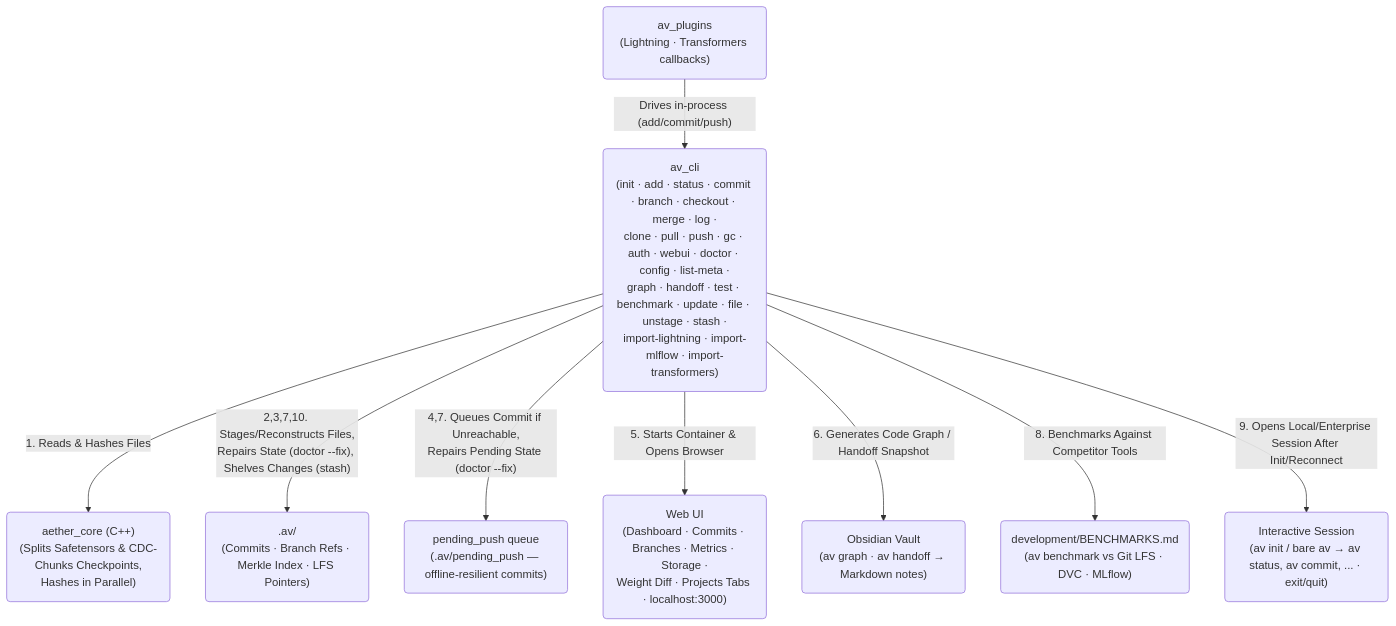
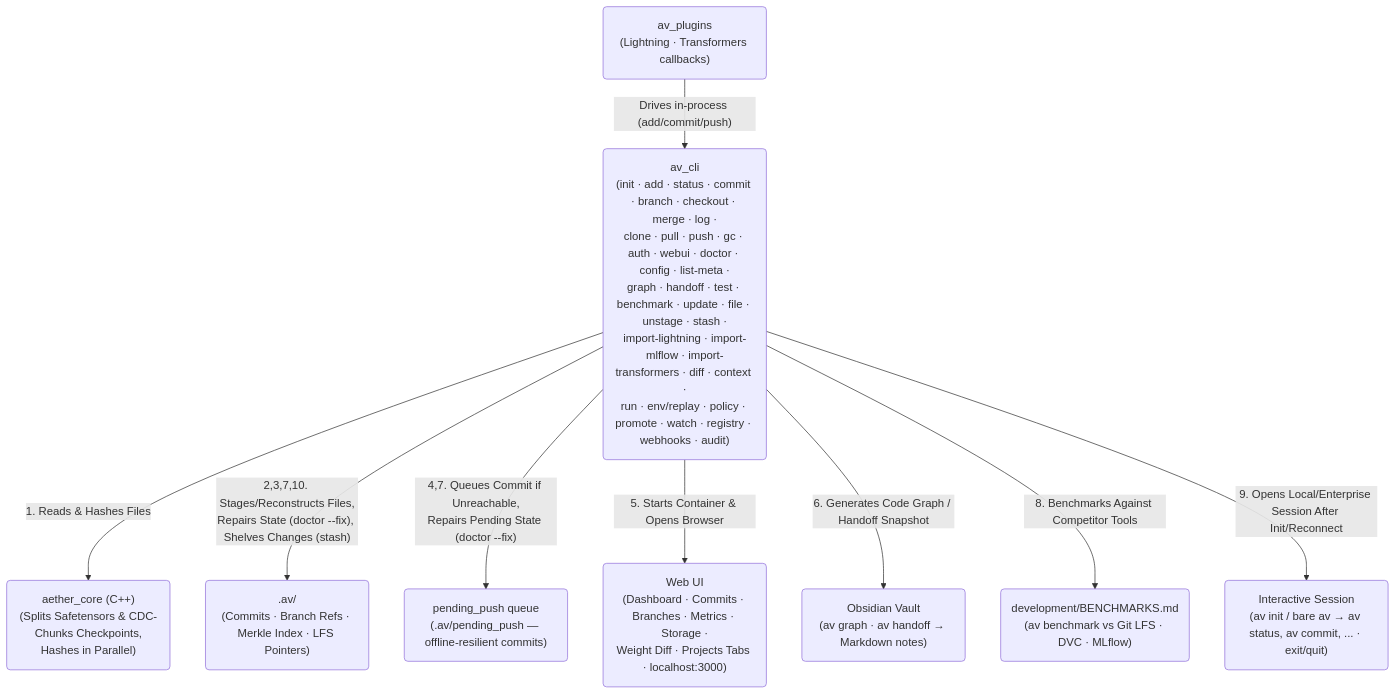
Before and after one commit to leon1706-lol/Aether-Vault: the first of 2 diagrams in README.md, drawn with Mermaid. The commit also changed other lines of this file and 65 other files, not shown here.

Commit message:
V1.2.2: engine image consolidation + architectural gap closure

````diff
--- a/README.md
+++ b/README.md
@@ -63,21 +63,21 @@
 ```mermaid
 graph TD
     Plugins("av_plugins<br>(Lightning · Transformers callbacks)")
-    CLI("av_cli<br>(init · add · status · commit · branch · checkout · merge · log ·<br>clone · pull · push · gc · auth · webui · doctor · config · list-meta ·<br>graph · handoff · test · benchmark · update · file · unstage · stash ·<br>import-lightning · import-mlflow · import-transformers)")
+    CLI("av_cli<br>(init · add · status · commit · branch · checkout · merge · log ·<br>clone · pull · push · gc · auth · webui · doctor · config · list-meta ·<br>graph · handoff · test · benchmark · update · file · unstage · stash ·<br>import-lightning · import-mlflow · import-transformers · diff · context ·<br>run · env/replay · policy · promote · watch · registry · webhooks · audit)")
     CPP("aether_core (C++)<br>(Splits Safetensors & CDC-Chunks Checkpoints,<br>Hashes in Parallel)")
     LocalDAG(".av/<br>(Commits · Branch Refs · Merkle Index · LFS Pointers)")
     PendingQ("pending_push queue<br>(.av/pending_push — offline-resilient commits)")
     WebUI("Web UI<br>(Dashboard · Commits · Branches · Metrics · Storage ·<br>Weight Diff · Projects Tabs · localhost:3000)")
     Vault("Obsidian Vault<br>(av graph · av handoff → Markdown notes)")
     Benchmarks("development/BENCHMARKS.md<br>(av benchmark vs Git LFS · DVC · MLflow)")
     Session("Interactive Session<br>(av init / bare av → av status, av commit, ... · exit/quit)")
 
     Plugins -- "Drives in-process (add/commit/push)" --> CLI
     CLI -- "1. Reads & Hashes Files" --> CPP
     CLI -- "2,3,7,10. Stages/Reconstructs Files,<br>Repairs State (doctor --fix), Shelves Changes (stash)" --> LocalDAG
     CLI -- "4,7. Queues Commit if Unreachable,<br>Repairs Pending State (doctor --fix)" --> PendingQ
     CLI -- "5. Starts Container & Opens Browser" --> WebUI
     CLI -- "6. Generates Code Graph / Handoff Snapshot" --> Vault
     CLI -- "8. Benchmarks Against Competitor Tools" --> Benchmarks
     CLI -- "9. Opens Local/Enterprise Session After Init/Reconnect" --> Session
 ```
````
